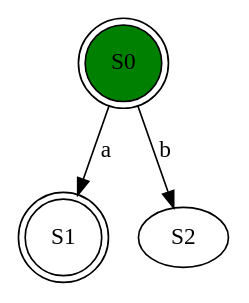
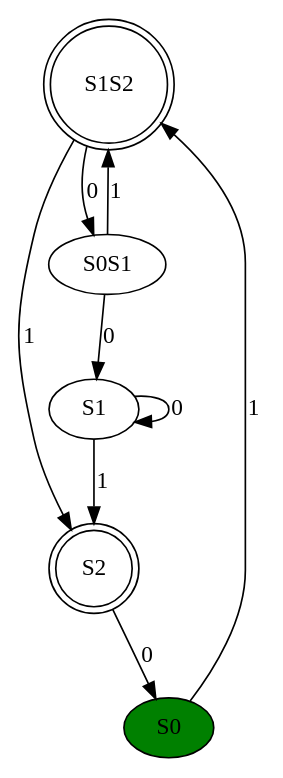
The diagram in dotsource.dot (Issamoh/Automata-operations), drawn with Graphviz before and after one commit. The commit also changed 6 other files, not shown here.

```diff
--- a/dotsource.dot
+++ b/dotsource.dot
@@ -1,7 +1,13 @@
 digraph G {
-S0 [shape=doublecircle];
-S1 [shape=doublecircle];
+S1S2 [shape=doublecircle];
+S2 [shape=doublecircle];
 S0 [style=filled, fillcolor=green];
-S0 -> S1 [label=a];
-S0 -> S2 [label=b];
+S1S2 -> S0S1 [label=0];
+S1S2 -> S2 [label=1];
+S0 -> S1S2 [label=1];
+S0S1 -> S1S2 [label=1];
+S0S1 -> S1 [label=0];
+S1 -> S1 [label=0];
+S1 -> S2 [label=1];
+S2 -> S0 [label=0];
 }
```
